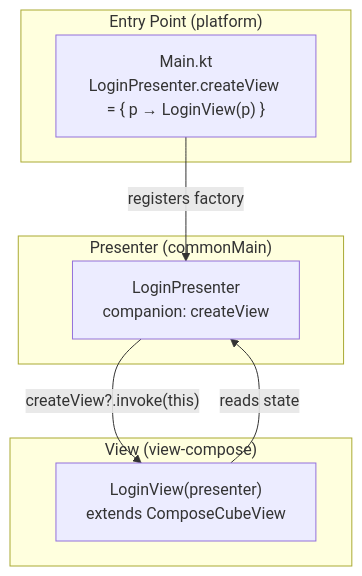
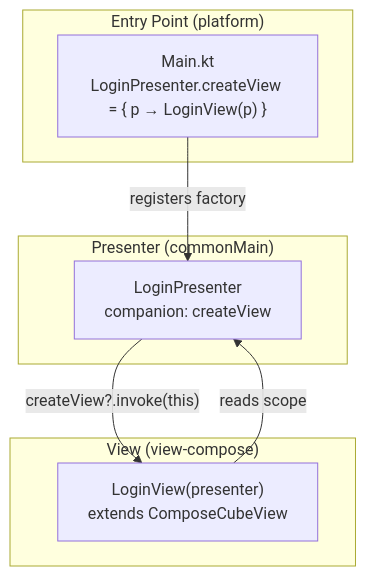
Before and after one commit to mrcdom/wdc-cube-kotlin: the fourth of 9 diagrams in docs/architecture-cube-compose.md, drawn with Mermaid. The commit also changed other lines of this file and 117 other files, not shown here.

````diff
--- a/docs/architecture-cube-compose.md
+++ b/docs/architecture-cube-compose.md
@@ -214,18 +214,18 @@
 ```mermaid
 graph TD
     subgraph "Presenter (commonMain)"
         LP["LoginPresenter<br/>companion: createView"]
     end
 
     subgraph "Entry Point (platform)"
         EP["Main.kt<br/>LoginPresenter.createView = { p → LoginView(p) }"]
     end
 
     subgraph "View (view-compose)"
         LV["LoginView(presenter)<br/>extends ComposeCubeView"]
     end
 
     EP -->|registers factory| LP
     LP -->|"createView?.invoke(this)"| LV
-    LV -->|"reads state"| LP
+    LV -->|"reads scope"| LP
 ```
````
